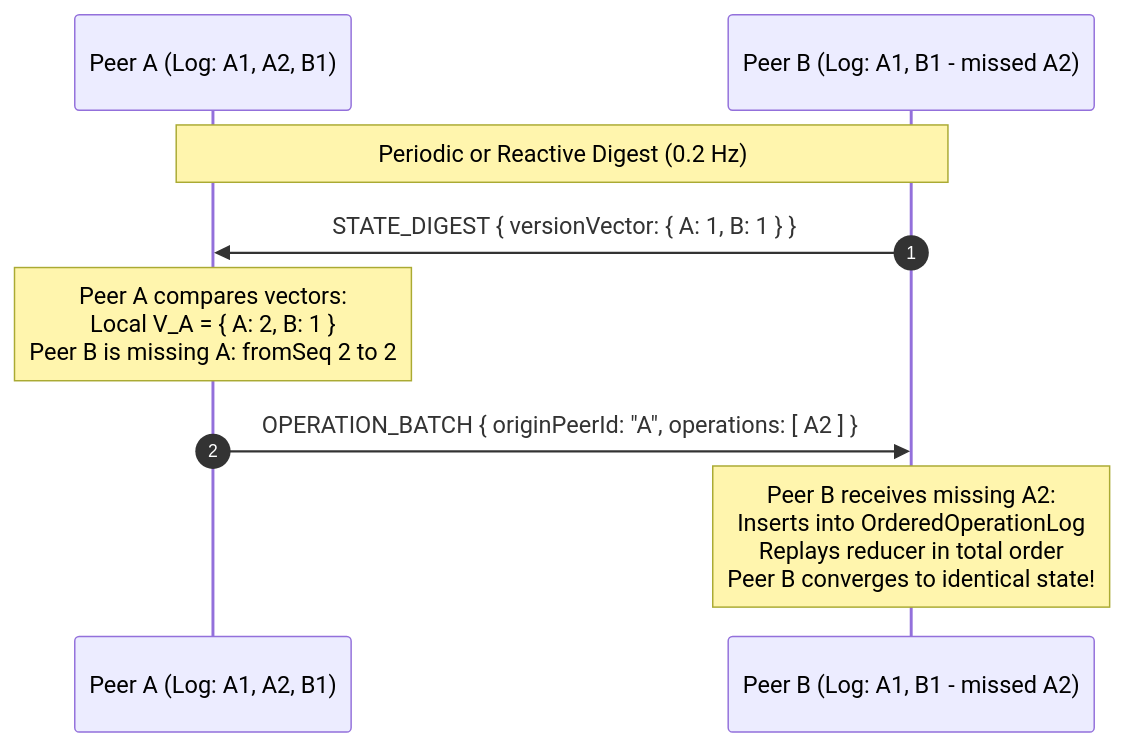
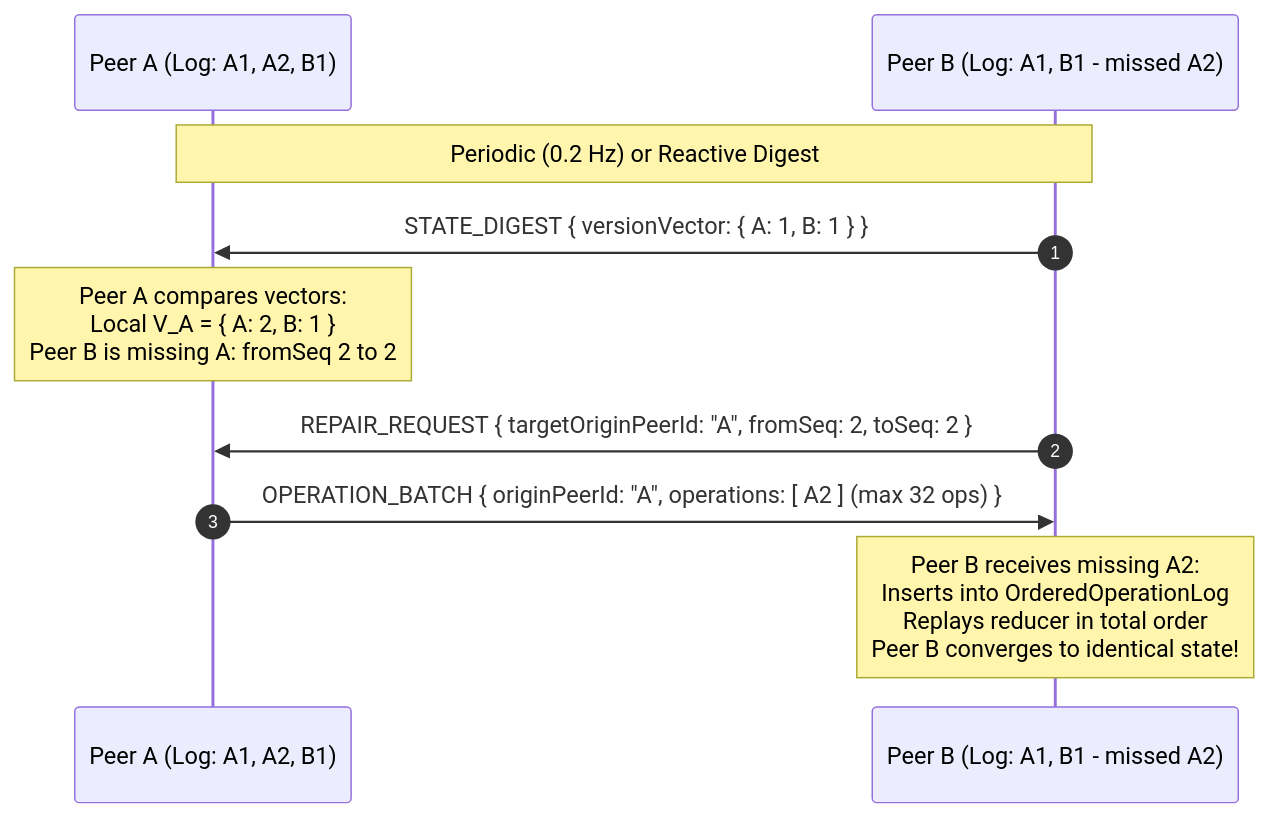
Before and after one commit to Tejdeepakchandra/SyncPlay_Protocol: the second of 3 diagrams in docs/PHASE7_2_HLD.md, drawn with Mermaid. The commit also changed other lines of this file and 8 other files, not shown here.

Commit message:
docs: complete Phase 7.2-R1 architectural corrections and consistency review

````diff
--- a/docs/PHASE7_2_HLD.md
+++ b/docs/PHASE7_2_HLD.md
@@ -149,12 +169,13 @@
 ```mermaid
 sequenceDiagram
     autonumber
     participant PeerA as Peer A (Log: A1, A2, B1)
     participant PeerB as Peer B (Log: A1, B1 - missed A2)
 
-    Note over PeerA,PeerB: Periodic or Reactive Digest (0.2 Hz)
+    Note over PeerA,PeerB: Periodic (0.2 Hz) or Reactive Digest
     PeerB->>PeerA: STATE_DIGEST { versionVector: { A: 1, B: 1 } }
     Note over PeerA: Peer A compares vectors:<br/>Local V_A = { A: 2, B: 1 }<br/>Peer B is missing A: fromSeq 2 to 2
-    PeerA->>PeerB: OPERATION_BATCH { originPeerId: "A", operations: [ A2 ] }
+    PeerB->>PeerA: REPAIR_REQUEST { targetOriginPeerId: "A", fromSeq: 2, toSeq: 2 }
+    PeerA->>PeerB: OPERATION_BATCH { originPeerId: "A", operations: [ A2 ] (max 32 ops) }
     Note over PeerB: Peer B receives missing A2:<br/>Inserts into OrderedOperationLog<br/>Replays reducer in total order<br/>Peer B converges to identical state!
 ```
````
